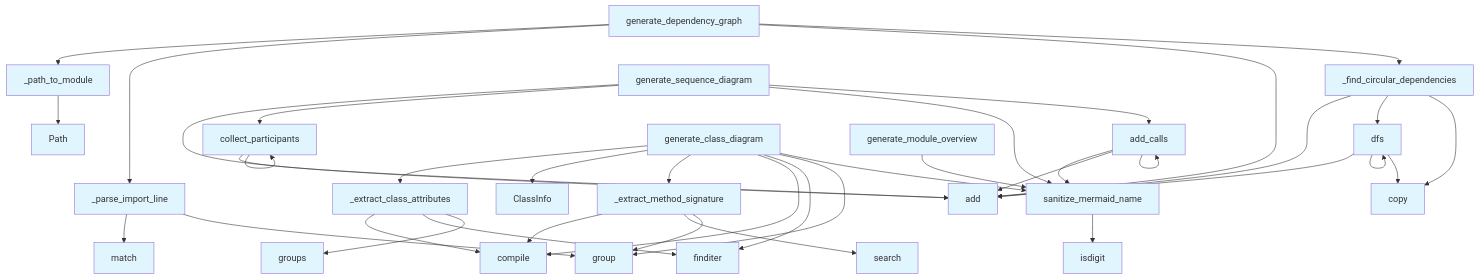
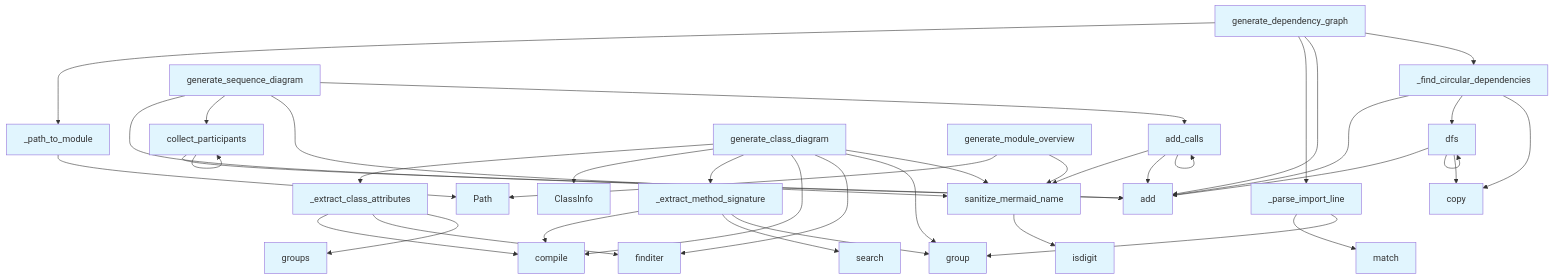
One commit to UrbanDiver/local-deepwiki-mcp changed the diagram in .deepwiki/files/src/local_deepwiki/generators/diagrams.md. Above: the diagram before and after it, drawn with Mermaid. The commit also changed other lines of this file and 30 other files, not shown here.

````diff
--- a/.deepwiki/files/src/local_deepwiki/generators/diagrams.md
+++ b/.deepwiki/files/src/local_deepwiki/generators/diagrams.md
@@ -346,66 +217,67 @@
 ```mermaid
 flowchart TD
     N0[ClassInfo]
     N1[Path]
     N2[_extract_class_attributes]
     N3[_extract_method_signature]
     N4[_find_circular_dependencies]
     N5[_parse_import_line]
     N6[_path_to_module]
     N7[add]
     N8[add_calls]
     N9[collect_participants]
     N10[compile]
     N11[copy]
     N12[dfs]
     N13[finditer]
     N14[generate_class_diagram]
     N15[generate_dependency_graph]
     N16[generate_module_overview]
     N17[generate_sequence_diagram]
     N18[group]
     N19[groups]
     N20[isdigit]
     N21[match]
     N22[sanitize_mermaid_name]
     N23[search]
     N22 --> N20
     N14 --> N2
     N14 --> N0
     N14 --> N3
     N14 --> N10
     N14 --> N13
     N14 --> N18
     N14 --> N22
     N2 --> N10
     N2 --> N13
     N2 --> N19
     N3 --> N10
     N3 --> N23
     N3 --> N18
     N15 --> N6
     N15 --> N5
     N15 --> N7
     N15 --> N4
     N4 --> N7
     N4 --> N12
     N4 --> N11
     N12 --> N7
     N12 --> N12
     N12 --> N11
     N6 --> N1
     N5 --> N21
     N5 --> N18
+    N16 --> N1
     N16 --> N22
     N17 --> N7
     N17 --> N9
     N17 --> N22
     N17 --> N8
     N9 --> N7
     N9 --> N9
     N8 --> N22
     N8 --> N7
     N8 --> N8
     classDef func fill:#e1f5fe
     class N0,N1,N2,N3,N4,N5,N6,N7,N8,N9,N10,N11,N12,N13,N14,N15,N16,N17,N18,N19,N20,N21,N22,N23 func
 ```
````
